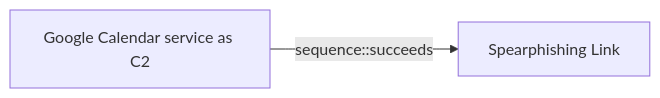
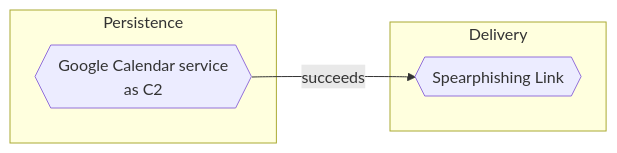
Before and after one commit to opentidehq/library: the diagram in docs/threats/google-calendar-service-as-c2.md, drawn with Mermaid. The commit also changed other lines of this file and 540 other files, not shown here.

````diff
--- a/docs/threats/google-calendar-service-as-c2.md
+++ b/docs/threats/google-calendar-service-as-c2.md
@@ -129,6 +139,10 @@
 ```mermaid
 flowchart LR
-3f0b4b8e_6017_406a_9461_740d542d0917["Google Calendar service as C2"]
-1a68b5eb_0112_424d_a21f_88dda0b6b8df["Spearphishing Link"]
-3f0b4b8e_6017_406a_9461_740d542d0917 -->|sequence::succeeds| 1a68b5eb_0112_424d_a21f_88dda0b6b8df
+subgraph "Persistence"
+3f0b4b8e_6017_406a_9461_740d542d0917{{"Google Calendar service<br>as C2"}}
+end
+subgraph "Delivery"
+1a68b5eb_0112_424d_a21f_88dda0b6b8df{{"Spearphishing Link"}}
+end
+3f0b4b8e_6017_406a_9461_740d542d0917 -->|succeeds| 1a68b5eb_0112_424d_a21f_88dda0b6b8df
 ```
````
